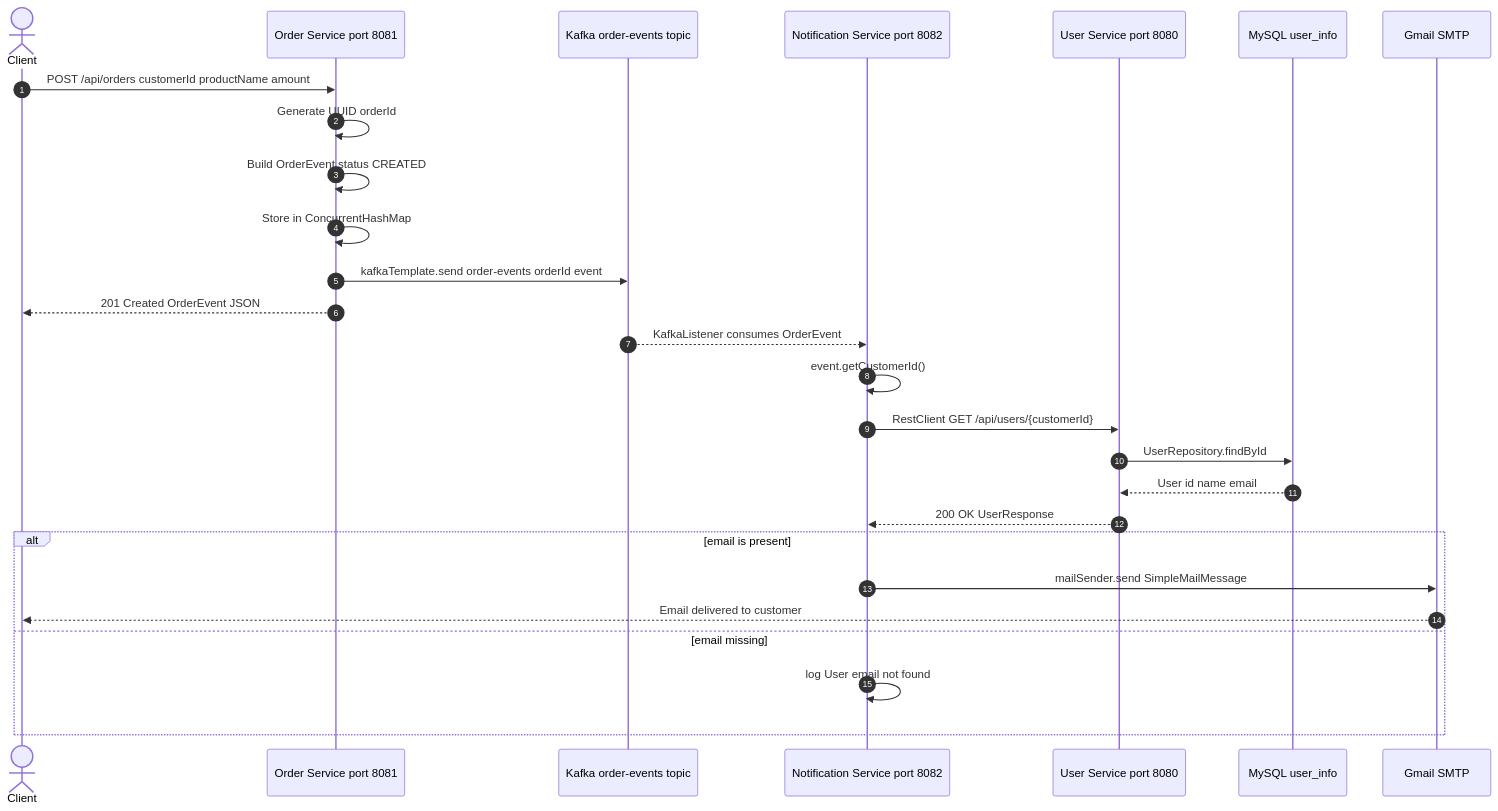
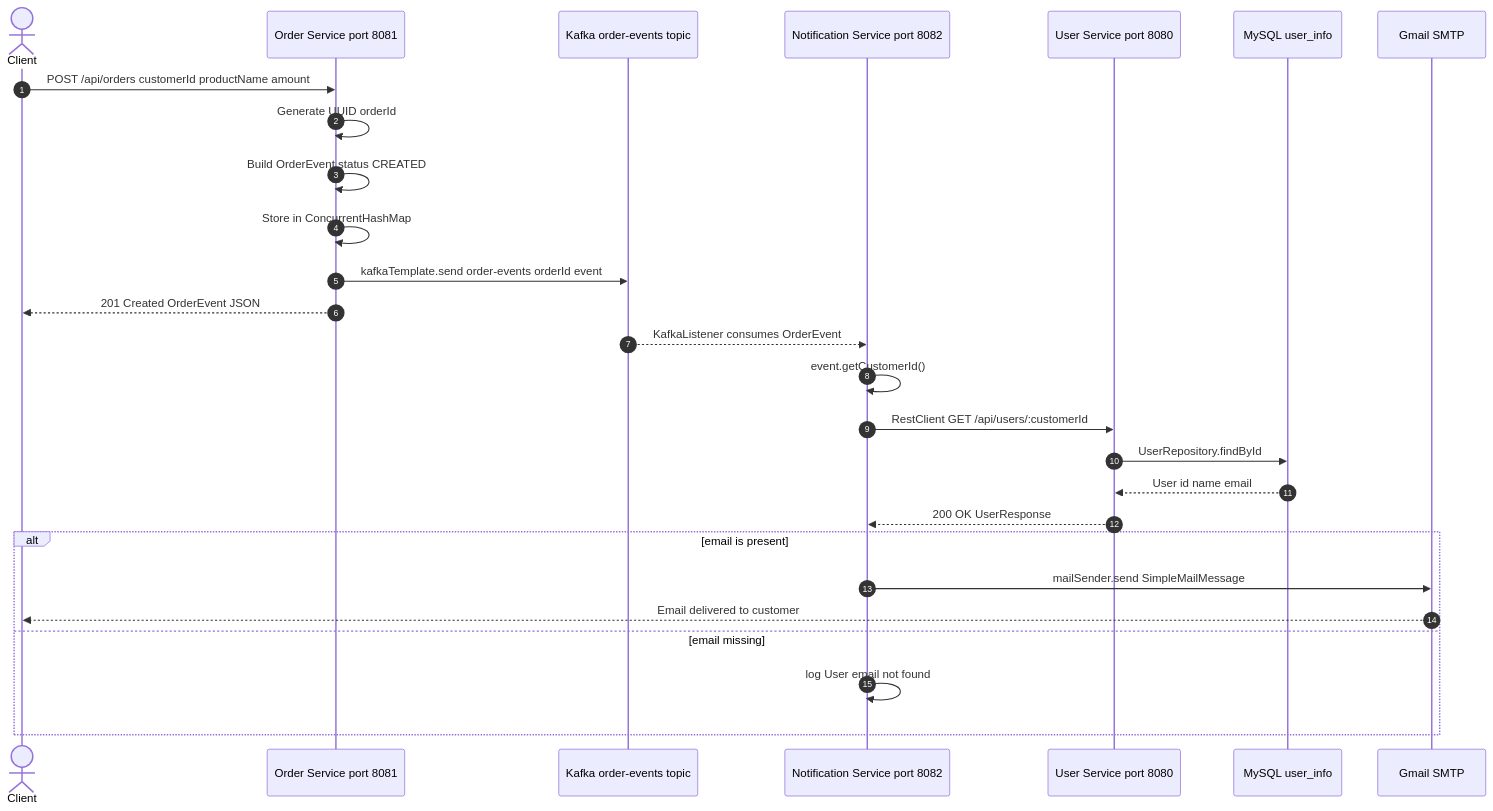
The second of 2 diagrams in README.md (ayansahag1010/spring-boot-kafka), drawn with Mermaid before and after one commit. The commit also changed other lines of this file, not shown here.

Commit message:
Fix Mermaid syntax in README.md

````diff
--- a/README.md
+++ b/README.md
@@ -124,32 +124,32 @@
 ```mermaid
 sequenceDiagram
     autonumber
     actor Client
     participant OS as Order Service port 8081
     participant K as Kafka order-events topic
     participant NS as Notification Service port 8082
     participant US as User Service port 8080
     participant DB as MySQL user_info
     participant SMTP as Gmail SMTP
 
     Client->>OS: POST /api/orders customerId productName amount
     OS->>OS: Generate UUID orderId
     OS->>OS: Build OrderEvent status CREATED
     OS->>OS: Store in ConcurrentHashMap
     OS->>K: kafkaTemplate.send order-events orderId event
     OS-->>Client: 201 Created OrderEvent JSON
 
     K-->>NS: KafkaListener consumes OrderEvent
     NS->>NS: event.getCustomerId()
-    NS->>US: RestClient GET /api/users/{customerId}
+    NS->>US: RestClient GET /api/users/:customerId
     US->>DB: UserRepository.findById
     DB-->>US: User id name email
     US-->>NS: 200 OK UserResponse
 
     alt email is present
         NS->>SMTP: mailSender.send SimpleMailMessage
         SMTP-->>Client: Email delivered to customer
     else email missing
         NS->>NS: log User email not found
     end
 ```
````
